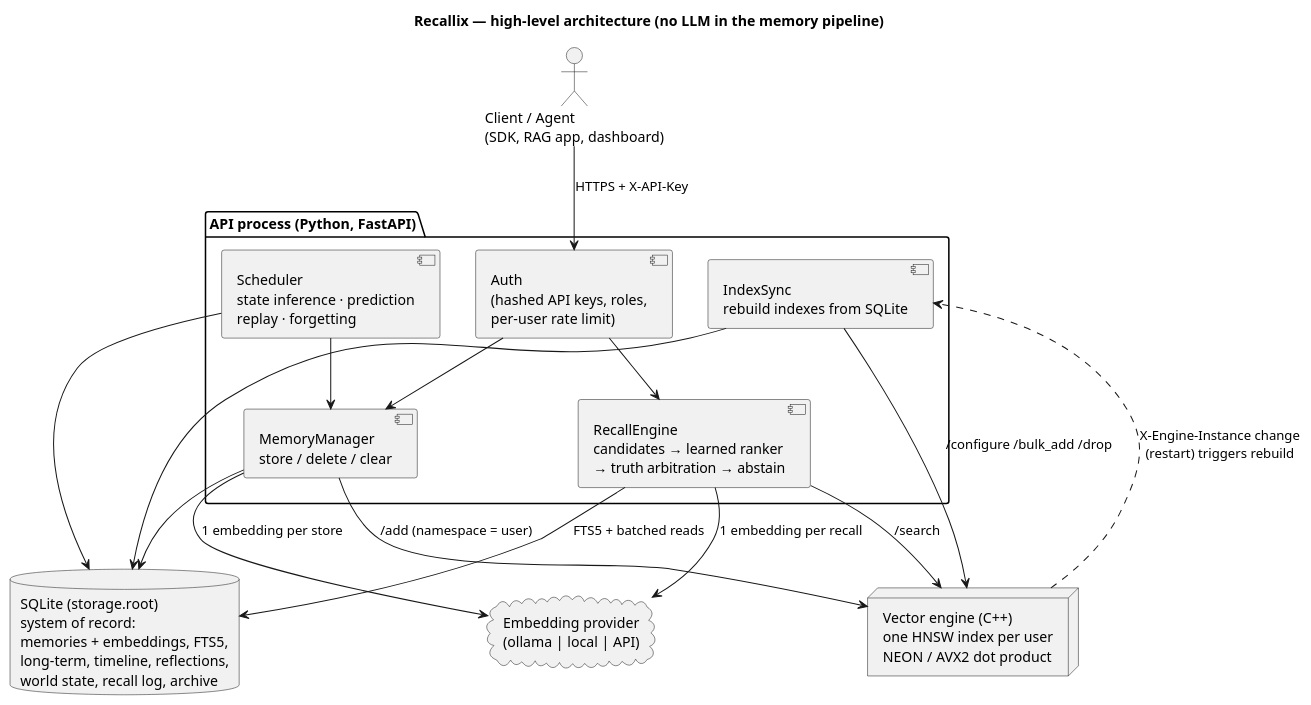
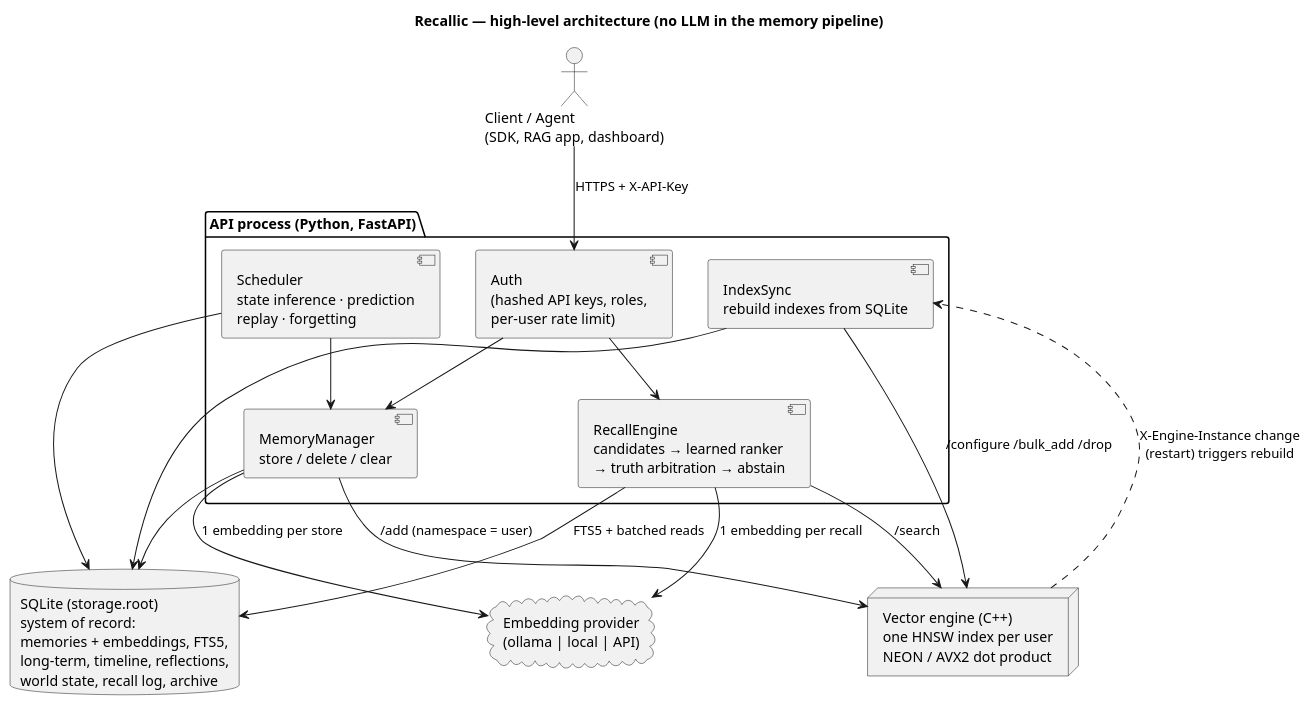
Before and after one commit to AyishikD/Recallix: the diagram in docs/architecture_high_level.puml, drawn with PlantUML. The commit also changed 146 other files, not shown here.

```diff
--- a/docs/architecture_high_level.puml
+++ b/docs/architecture_high_level.puml
@@ -1,34 +1,34 @@
 @startuml High_Level_Architecture
-title Recallix — high-level architecture (no LLM in the memory pipeline)
+title Recallic — high-level architecture (no LLM in the memory pipeline)
 
 actor "Client / Agent\n(SDK, RAG app, dashboard)" as Client
 
 package "API process (Python, FastAPI)" {
   [Auth\n(hashed API keys, roles,\nper-user rate limit)] as Auth
   [MemoryManager\nstore / delete / clear] as MM
   [RecallEngine\ncandidates → learned ranker\n→ truth arbitration → abstain] as RE
   [IndexSync\nrebuild indexes from SQLite] as Sync
   [Scheduler\nstate inference · prediction\nreplay · forgetting] as Jobs
 }
 
 database "SQLite (storage.root)\nsystem of record:\nmemories + embeddings, FTS5,\nlong-term, timeline, reflections,\nworld state, recall log, archive" as DB
 
 node "Vector engine (C++)\none HNSW index per user\nNEON / AVX2 dot product" as Engine
 cloud "Embedding provider\n(ollama | local | API)" as Emb
 
 Client --> Auth : HTTPS + X-API-Key
 Auth --> MM
 Auth --> RE
 MM --> Emb : 1 embedding per store
 RE --> Emb : 1 embedding per recall
 MM --> DB
 RE --> DB : FTS5 + batched reads
 MM --> Engine : /add (namespace = user)
 RE --> Engine : /search
 Sync --> Engine : /configure /bulk_add /drop
 Sync --> DB
 Jobs --> DB
 Jobs --> MM
 Engine ..> Sync : X-Engine-Instance change\n(restart) triggers rebuild
 
 @enduml
```
